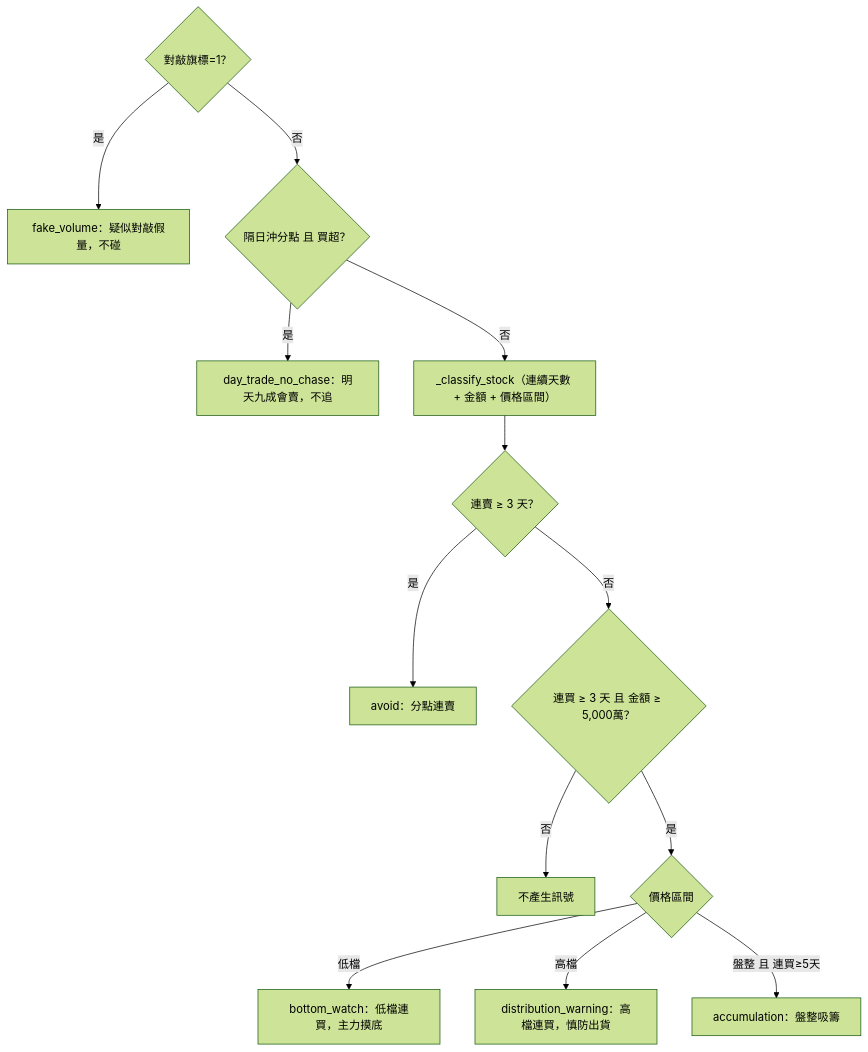
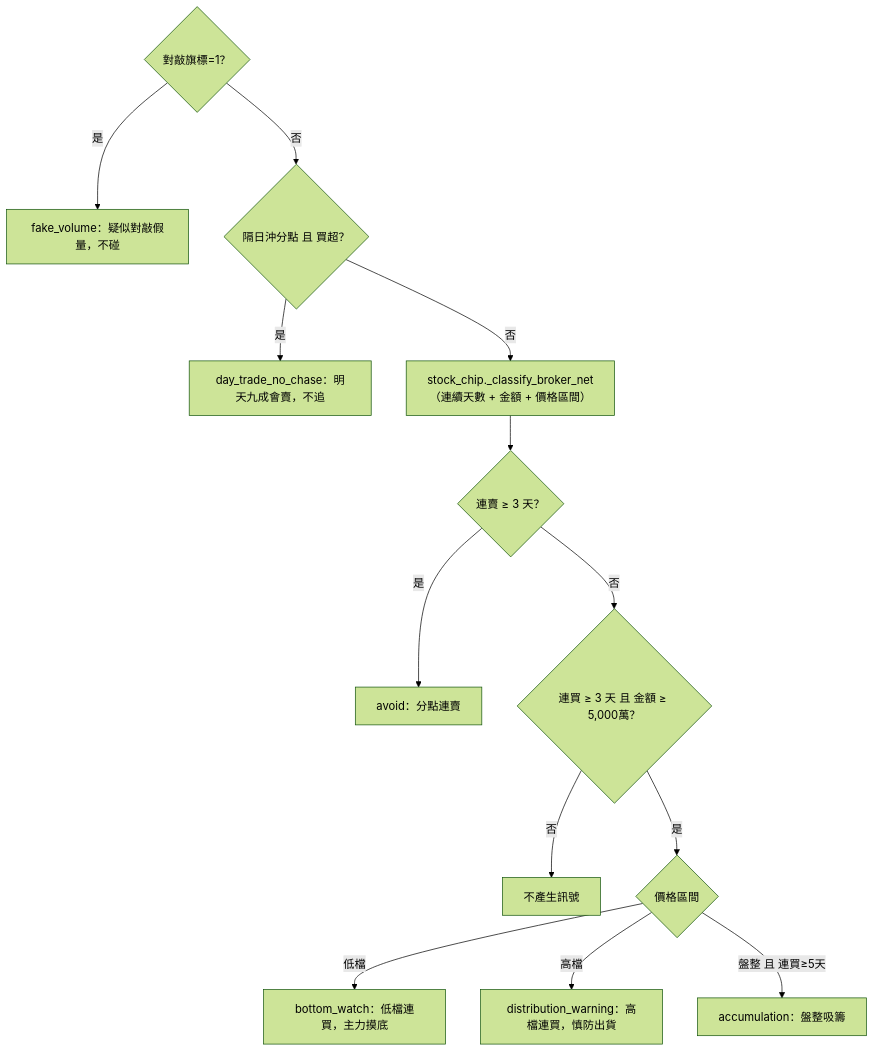
The third of 3 diagrams in docs/logic_code.md (steven715/windscope), drawn with Mermaid (forest theme) before and after one commit. The commit also changed 8 other files, not shown here.

First line of the commit message:
refactor(stock-chip): 個股籌碼判讀收斂為一個 module，籌碼傾向離開 route 與顯示字串

````diff
--- a/docs/logic_code.md
+++ b/docs/logic_code.md
@@ -80,15 +80,15 @@
 ```mermaid
 flowchart TD
   X{"對敲旗標=1？"} -->|是| F1["fake_volume：疑似對敲假量，不碰"]
   X -->|否| Y{"隔日沖分點 且 買超？"}
   Y -->|是| F2["day_trade_no_chase：明天九成會賣，不追"]
-  Y -->|否| Z["_classify_stock（連續天數 + 金額 + 價格區間）"]
+  Y -->|否| Z["stock_chip._classify_broker_net（連續天數 + 金額 + 價格區間）"]
   Z --> R1{"連賣 ≥ 3 天？"}
   R1 -->|是| C1["avoid：分點連賣"]
   R1 -->|否| R2{"連買 ≥ 3 天 且 金額 ≥ 5,000萬？"}
   R2 -->|否| C0["不產生訊號"]
   R2 -->|是| R3{"價格區間"}
   R3 -->|低檔| C2["bottom_watch：低檔連買，主力摸底"]
   R3 -->|高檔| C3["distribution_warning：高檔連買，慎防出貨"]
   R3 -->|盤整 且 連買≥5天| C4["accumulation：盤整吸籌"]
 ```
````
